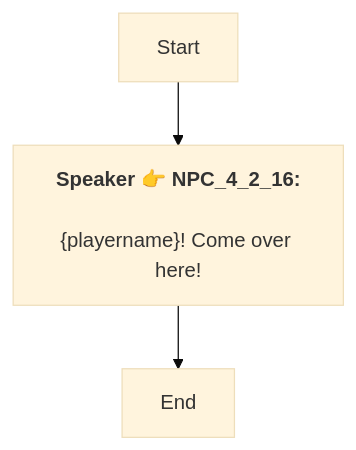
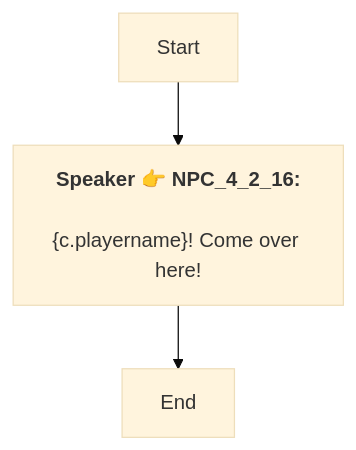
One commit to SoftHu/tos_avg changed the diagram in En/Dialog_54882803813987.md. Above: the diagram before and after it, drawn with Mermaid (base theme). The commit also changed 410 other files, not shown here.

````diff
--- a/En/Dialog_54882803813987.md
+++ b/En/Dialog_54882803813987.md
@@ -1,7 +1,7 @@
 ```mermaid
 graph
 Start -->1756250408729104[<b>Speaker 👉 NPC_4_2_16:</b>
-\n&lbrace;playername&rbrace;! Come over here!]
+\n&lbrace;c.playername&rbrace;! Come over here!]
 1756250408729104 -->1756250412557842[End]
 
 ```
````
